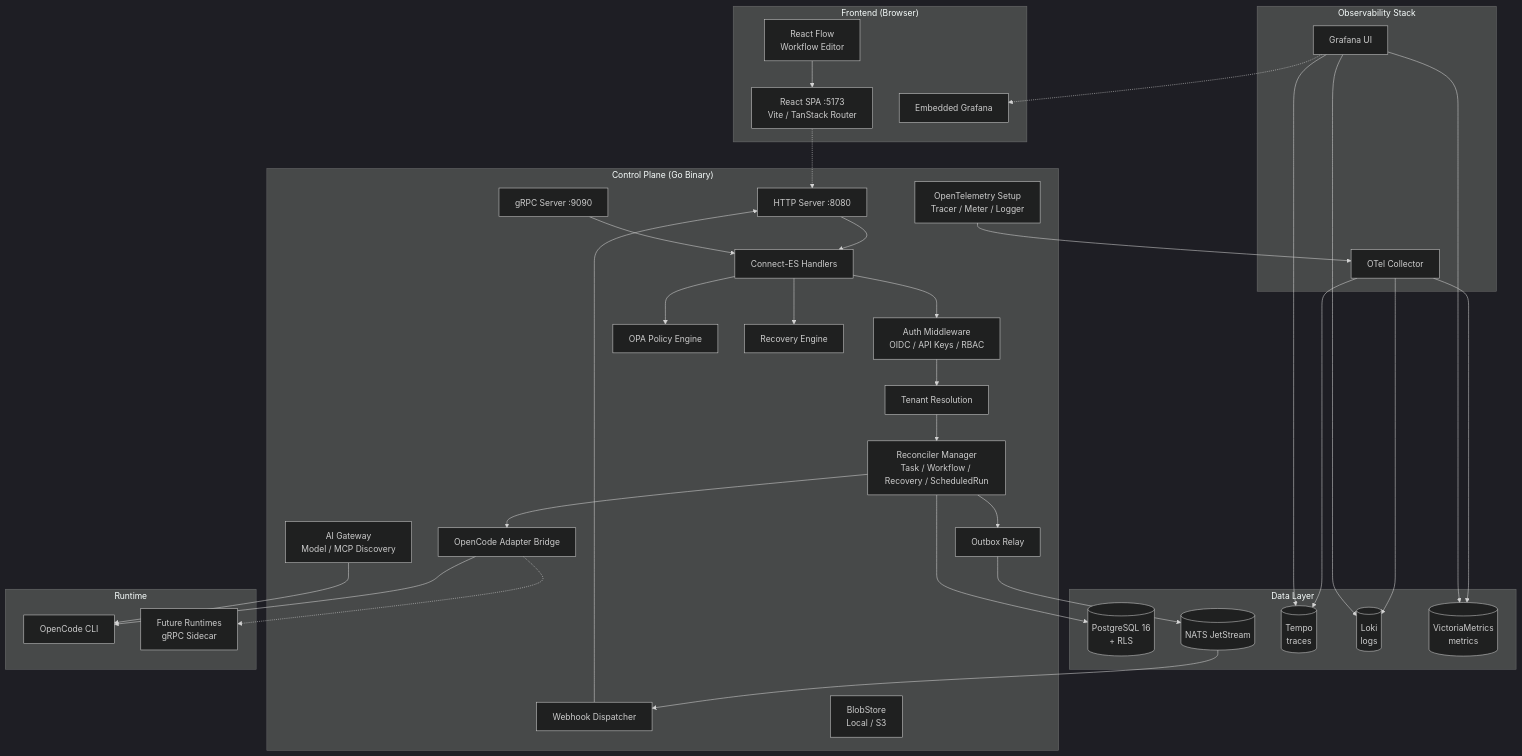
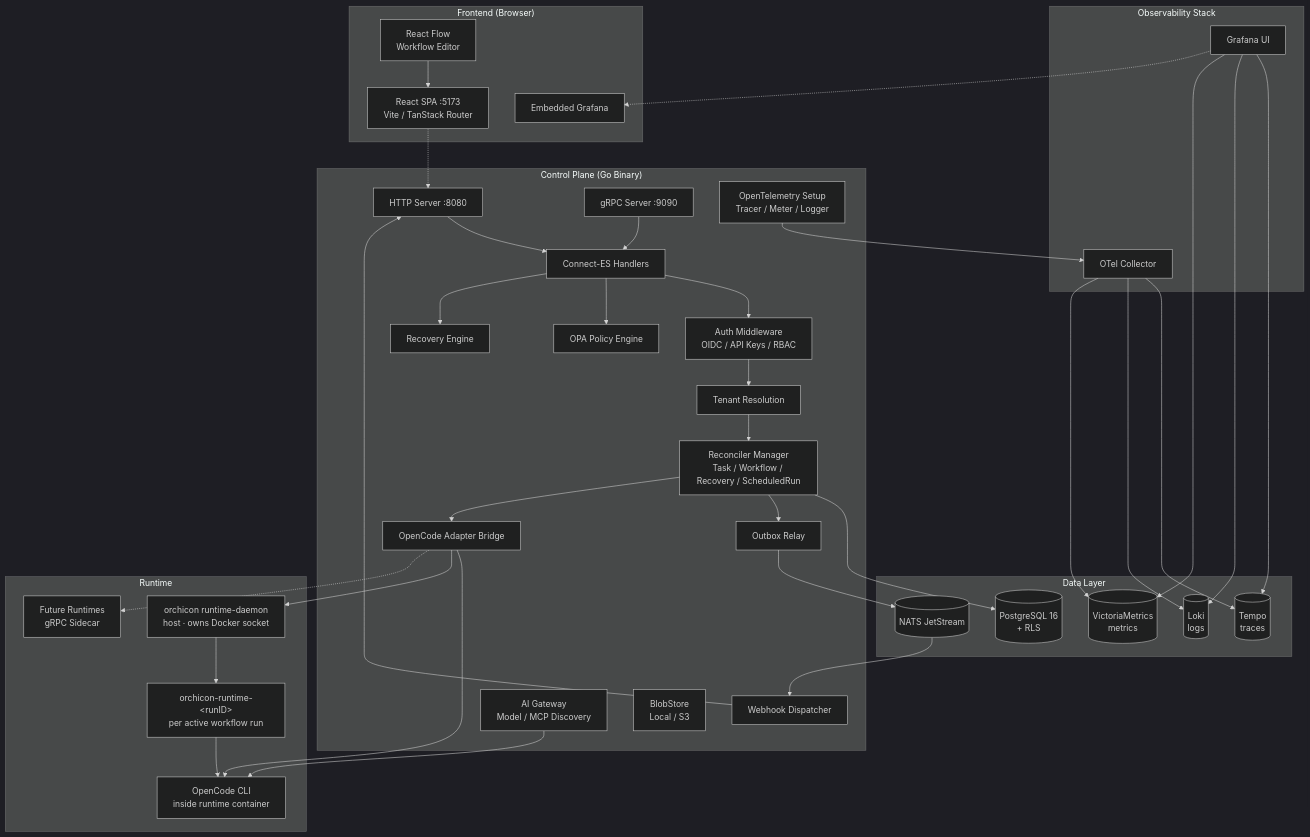
One commit to beardedparrott/Orchicon changed the first of 3 diagrams in DOCUMENTATION.md. Above: the diagram before and after it, drawn with Mermaid (dark theme). The commit also changed other lines of this file and 31 other files, not shown here.

First line of the commit message:
Per-workflow runtime containers: pure per-workflow execution, armed + hardened workers (v0.1.164)

````diff
--- a/DOCUMENTATION.md
+++ b/DOCUMENTATION.md
@@ -96,70 +96,75 @@
 ```mermaid
 graph TB
     subgraph "Control Plane (Go Binary)"
         HTTP[HTTP Server :8080]
         GRPC[gRPC Server :9090]
         Connect[Connect-ES Handlers]
         Auth[Auth Middleware<br/>OIDC / API Keys / RBAC]
         Tenant[Tenant Resolution]
         Reconcilers[Reconciler Manager<br/>Task / Workflow / Recovery / ScheduledRun]
         OutboxRelay[Outbox Relay]
         WebhookDispatch[Webhook Dispatcher]
         Policy[OPA Policy Engine]
         RecoveryEngine[Recovery Engine]
         AdapterBridge[OpenCode Adapter Bridge]
         AIGateway[AI Gateway<br/>Model / MCP Discovery]
         Telemetry[OpenTelemetry Setup<br/>Tracer / Meter / Logger]
         BlobStore[BlobStore<br/>Local / S3]
     end
 
     subgraph "Data Layer"
         PG[(PostgreSQL 16<br/>+ RLS)]
         NATS[(NATS JetStream)]
         Tempo[(Tempo<br/>traces)]
         Loki[(Loki<br/>logs)]
         VM[(VictoriaMetrics<br/>metrics)]
     end
 
     subgraph "Observability Stack"
         OTel[OTel Collector]
         Grafana[Grafana UI]
     end
 
     subgraph "Runtime"
-        OpenCode[OpenCode CLI]
+        RuntimeDaemon[orchicon runtime-daemon<br/>host · owns Docker socket]
+        RuntimeContainer[orchicon-runtime-&lt;runID&gt;<br/>per active workflow run]
+        OpenCode[OpenCode CLI<br/>inside runtime container]
         FutureRuntime[Future Runtimes<br/>gRPC Sidecar]
     end
 
     subgraph "Frontend (Browser)"
         SPA[React SPA :5173<br/>Vite / TanStack Router]
         ReactFlow[React Flow<br/>Workflow Editor]
         GrafanaIFrame[Embedded Grafana]
     end
 
     HTTP --> Connect
     GRPC --> Connect
     Connect --> Auth
     Auth --> Tenant
     Tenant --> Reconcilers
     Reconcilers --> PG
     Reconcilers --> OutboxRelay
     Reconcilers --> AdapterBridge
     OutboxRelay --> NATS
     NATS --> WebhookDispatch
     WebhookDispatch --> HTTP
     AdapterBridge --> OpenCode
+    AdapterBridge --> RuntimeDaemon
+    RuntimeDaemon --> RuntimeContainer
+    RuntimeContainer --> OpenCode
     AdapterBridge -.-> FutureRuntime
     AIGateway --> OpenCode
     Connect --> Policy
     Connect --> RecoveryEngine
     Telemetry --> OTel
     OTel --> Tempo
     OTel --> Loki
     OTel --> VM
     Grafana --> Tempo
     Grafana --> Loki
     Grafana --> VM
     Grafana -.-> GrafanaIFrame
     SPA -.-> HTTP
     ReactFlow --> SPA
 ```
````
